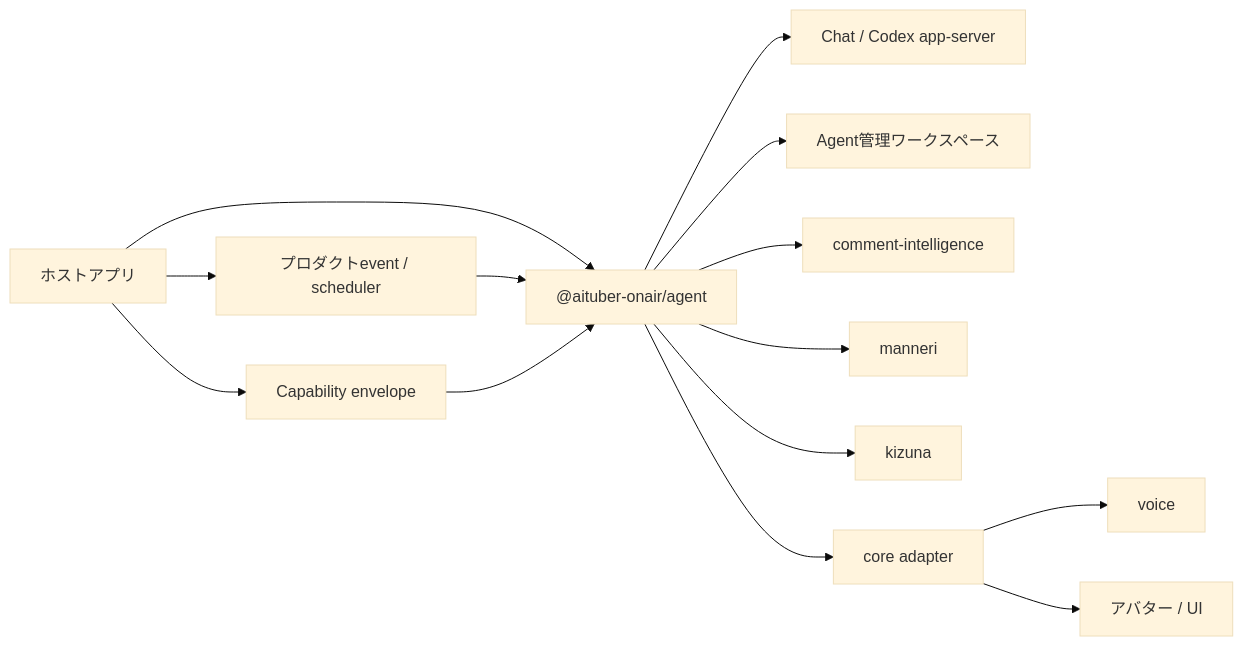
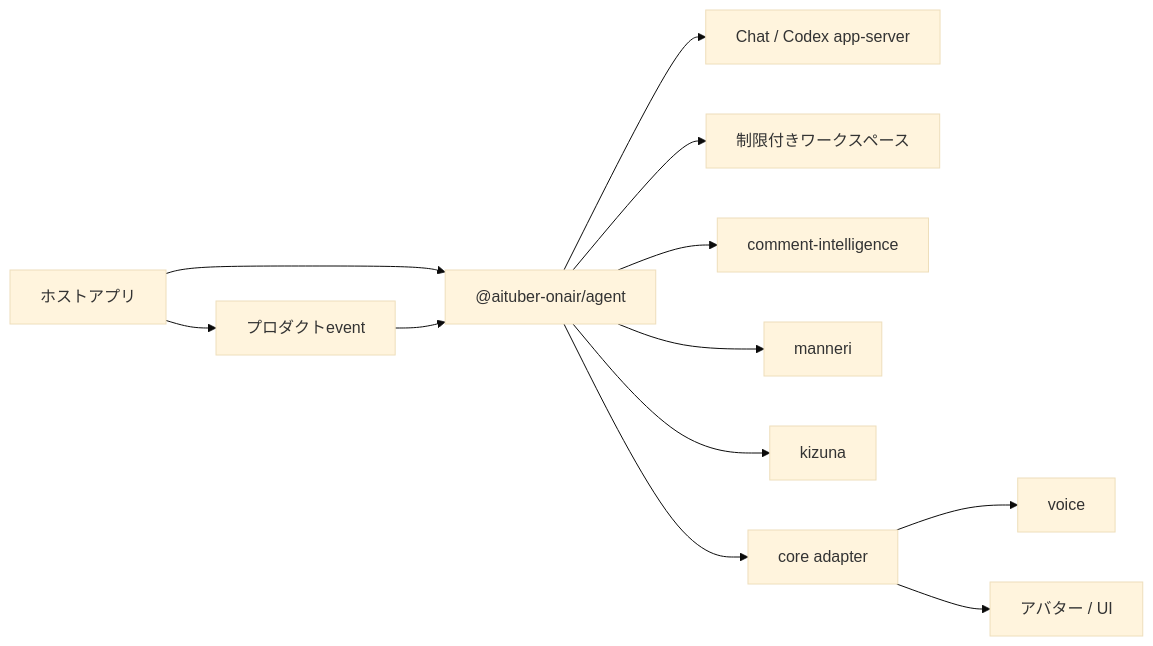
One commit to shinshin86/aituber-onair changed the diagram in packages/agent/README.ja.md. Above: the diagram before and after it, drawn with Mermaid (base theme). The commit also changed other lines of this file and 1 other file, not shown here.

Commit message:
docs(agent): clarify package status

````diff
--- a/packages/agent/README.ja.md
+++ b/packages/agent/README.ja.md
@@ -151,16 +134,14 @@
 ```mermaid
 flowchart LR
     Host["ホストアプリ"] --> Agent["@aituber-onair/agent"]
-    Host --> Events["プロダクトevent / scheduler"]
+    Host --> Events["プロダクトevent"]
     Events --> Agent
-    Host --> Envelope["Capability envelope"]
-    Envelope --> Agent
     Agent --> Backend["Chat / Codex app-server"]
-    Agent --> Workspace["Agent管理ワークスペース"]
+    Agent --> Workspace["制限付きワークスペース"]
     Agent --> CI["comment-intelligence"]
     Agent --> Manneri["manneri"]
     Agent --> Kizuna["kizuna"]
     Agent --> Core["core adapter"]
     Core --> Voice["voice"]
     Core --> Avatar["アバター / UI"]
 ```
````
